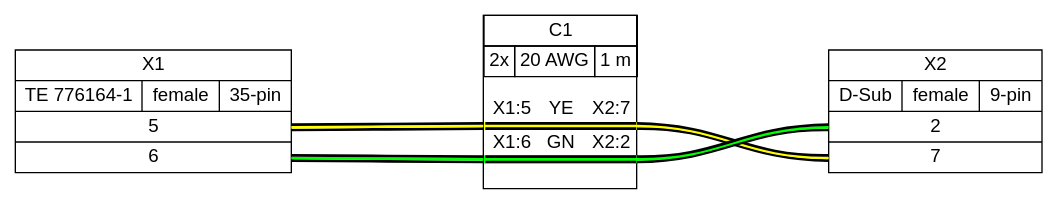
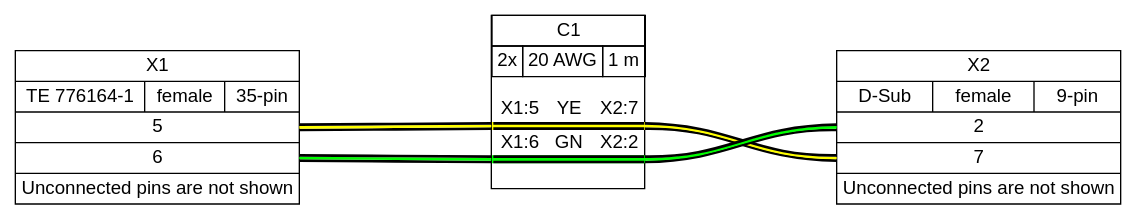
The diagram in examples/ex07.gv (wireviz/WireViz), drawn with Graphviz before and after one commit. The commit also changed 38 other files, not shown here.

```diff
--- a/examples/ex07.gv
+++ b/examples/ex07.gv
@@ -1,16 +1,16 @@
 graph {
 // Graph generated by WireViz
 // https://github.com/formatc1702/WireViz
 	graph [bgcolor=white fontname=arial nodesep=0.33 rankdir=LR ranksep=2]
 	node [fillcolor=white fontname=arial shape=record style=filled]
 	edge [fontname=arial style=bold]
-	X1 [label="X1|{TE 776164-1|female|35-pin}|{{<p5r>5|<p6r>6}}"]
-	X2 [label="X2|{D-Sub|female|9-pin}|{{<p2l>2|<p7l>7}}"]
+	X1 [label="X1|{TE 776164-1|female|35-pin}|{{<p5r>5|<p6r>6}}|Unconnected pins are not shown"]
+	X2 [label="X2|{D-Sub|female|9-pin}|{{<p2l>2|<p7l>7}}|Unconnected pins are not shown"]
 	edge [color="#000000:#ffff00:#000000"]
 	X1:p5r:e -- C1:w1:w
 	C1:w1:e -- X2:p7l:w
 	edge [color="#000000:#00ff00:#000000"]
 	X1:p6r:e -- C1:w2:w
 	C1:w2:e -- X2:p2l:w
 	C1 [label=<<table border="0" cellspacing="0" cellpadding="0"><tr><td><table border="0" cellspacing="0" cellpadding="3" cellborder="1"><tr><td colspan="3">C1</td></tr><tr><td>2x</td><td>20 AWG</td><td>1 m</td></tr></table></td></tr><tr><td>&nbsp;</td></tr><tr><td><table border="0" cellspacing="0" cellborder="0"><tr><td>X1:5</td><td>YE</td><td>X2:7</td></tr><tr><td colspan="3" cellpadding="0" height="6" bgcolor="#ffff00" border="2" sides="tb" port="w1"></td></tr><tr><td>X1:6</td><td>GN</td><td>X2:2</td></tr><tr><td colspan="3" cellpadding="0" height="6" bgcolor="#00ff00" border="2" sides="tb" port="w2"></td></tr><tr><td>&nbsp;</td></tr></table></td></tr></table>> fillcolor=white margin=0 shape=box style=""]
 }
```
